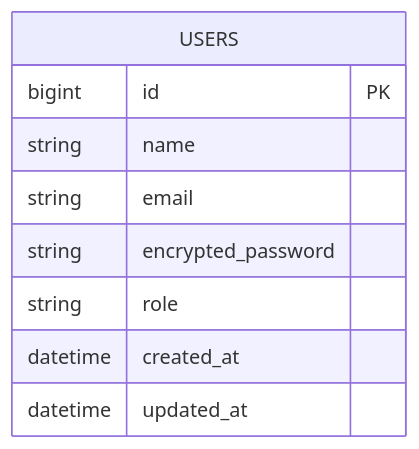
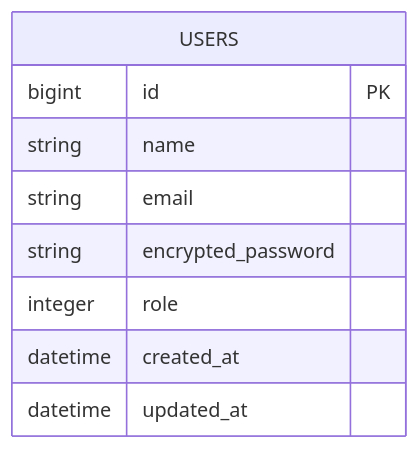
One commit to Mihara-Yamato-com/training_yamato_app changed the second of 2 diagrams in 02_base_design.md. Above: the diagram before and after it, drawn with Mermaid. The commit also changed other lines of this file, not shown here.

Commit message:
基本設計のER図と画面遷移図の修正

````diff
--- a/02_base_design.md
+++ b/02_base_design.md
@@ -228,13 +236,13 @@
 ```mermaid
 erDiagram
 
 USERS {
     bigint id PK
     string name
     string email
     string encrypted_password
-    string role
+    integer role
     datetime created_at
     datetime updated_at
 }
 ```
````
